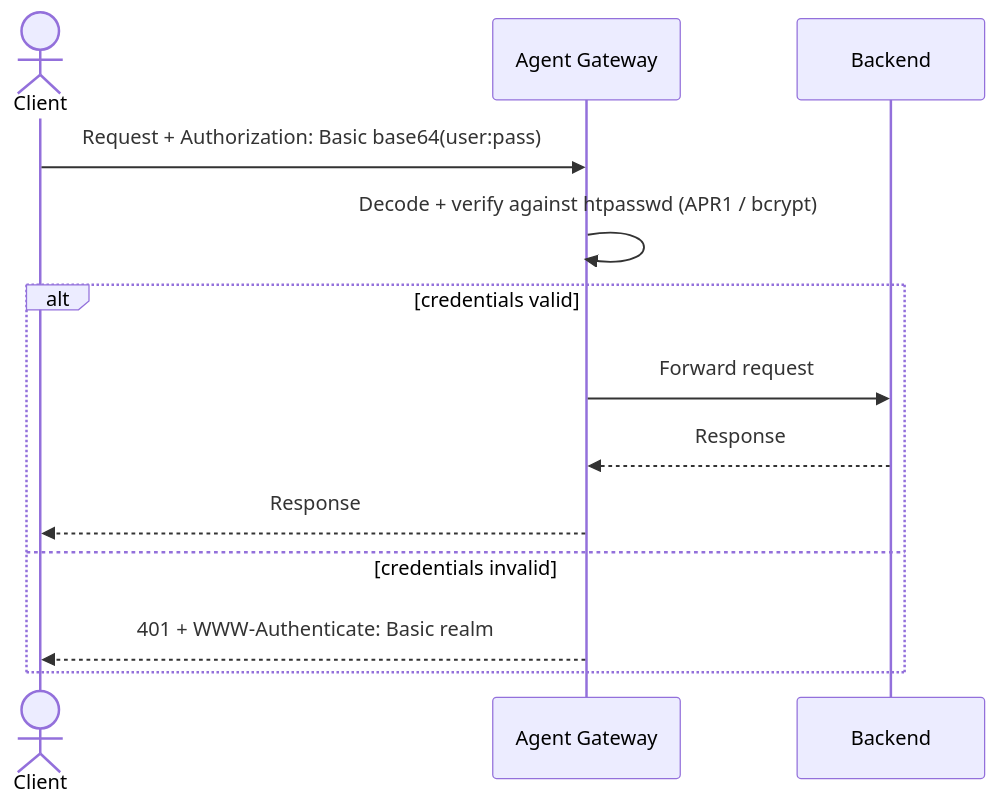
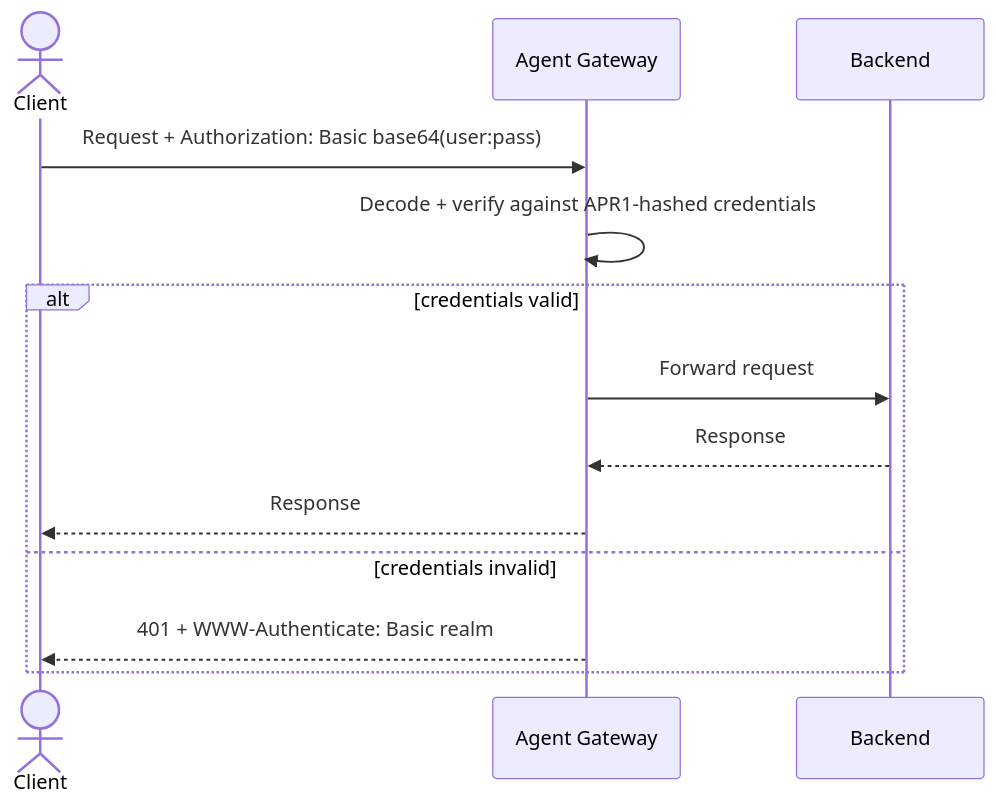
One commit to rvennam/agentgateway-auth-patterns changed the second of 17 diagrams in README.md. Above: the diagram before and after it, drawn with Mermaid. The commit also changed other lines of this file, not shown here.

````diff
--- a/README.md
+++ b/README.md
@@ -234,15 +258,15 @@
 ```mermaid
 sequenceDiagram
     actor Client
     participant GW as Agent Gateway
     participant Backend
     Client->>GW: Request + Authorization: Basic base64(user:pass)
-    GW->>GW: Decode + verify against htpasswd (APR1 / bcrypt)
+    GW->>GW: Decode + verify against APR1-hashed credentials
     alt credentials valid
         GW->>Backend: Forward request
         Backend-->>GW: Response
         GW-->>Client: Response
     else credentials invalid
         GW-->>Client: 401 + WWW-Authenticate: Basic realm
     end
 ```
````
